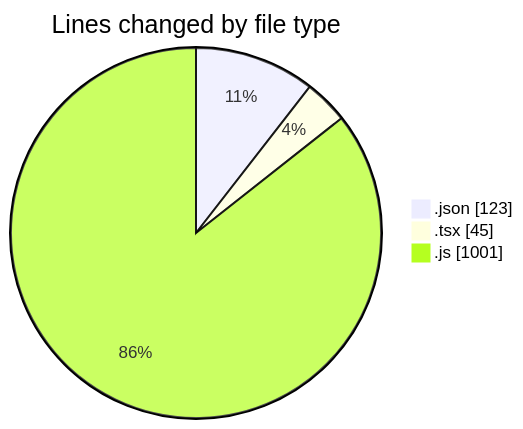
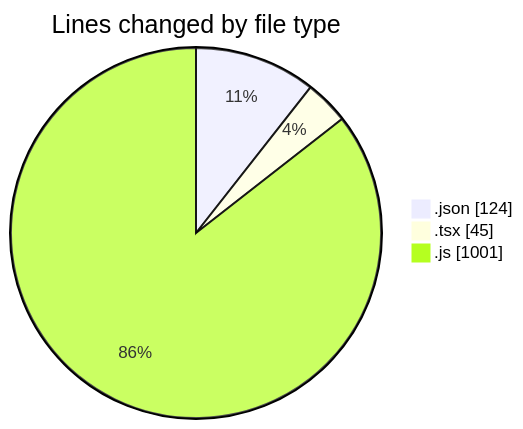
One commit to momahboobian/code-tracking changed the first of 2 diagrams in 2026-04-13/cda/README.md. Above: the diagram before and after it, drawn with Mermaid. The commit also changed other lines of this file and 1 other file, not shown here.

````diff
--- a/2026-04-13/cda/README.md
+++ b/2026-04-13/cda/README.md
@@ -24,7 +24,7 @@
 ```mermaid
 pie showData
 title Lines changed by file type
-".json" : 123
+".json" : 124
 ".tsx" : 45
 ".js" : 1001
 ```
````
